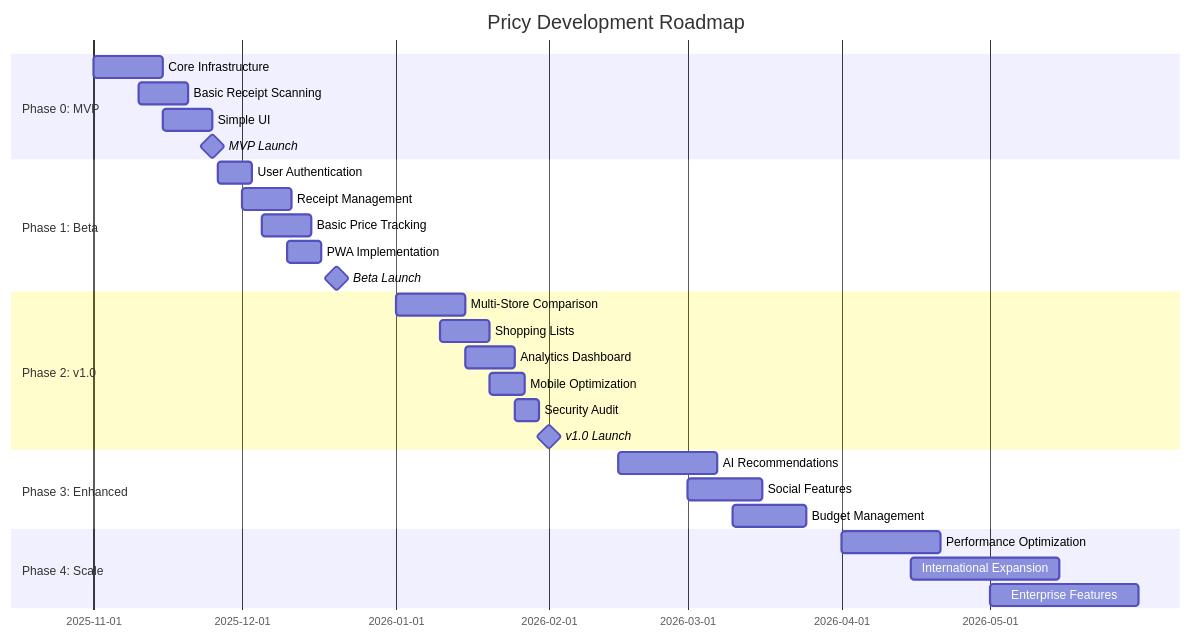
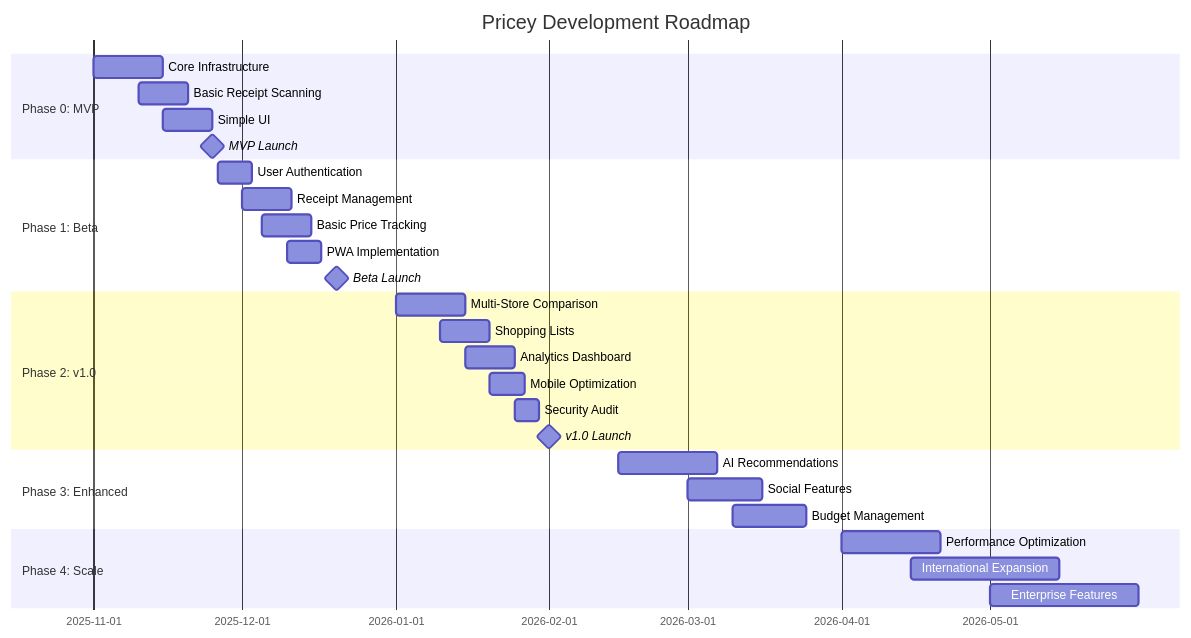
Before and after one commit to mpwg/Pricey: the diagram in docs/ROADMAP.md, drawn with Mermaid. The commit also changed other lines of this file and 89 other files, not shown here.

````diff
--- a/docs/ROADMAP.md
+++ b/docs/ROADMAP.md
@@ -52,36 +52,36 @@
 ```mermaid
 gantt
-    title Pricy Development Roadmap
+    title Pricey Development Roadmap
     dateFormat YYYY-MM-DD
 
     section Phase 0: MVP
     Core Infrastructure        :2025-11-01, 14d
     Basic Receipt Scanning     :2025-11-10, 10d
     Simple UI                  :2025-11-15, 10d
     MVP Launch                 :milestone, 2025-11-25, 0d
 
     section Phase 1: Beta
     User Authentication        :2025-11-26, 7d
     Receipt Management         :2025-12-01, 10d
     Basic Price Tracking       :2025-12-05, 10d
     PWA Implementation         :2025-12-10, 7d
     Beta Launch                :milestone, 2025-12-20, 0d
 
     section Phase 2: v1.0
     Multi-Store Comparison     :2026-01-01, 14d
     Shopping Lists             :2026-01-10, 10d
     Analytics Dashboard        :2026-01-15, 10d
     Mobile Optimization        :2026-01-20, 7d
     Security Audit             :2026-01-25, 5d
     v1.0 Launch                :milestone, 2026-02-01, 0d
 
     section Phase 3: Enhanced
     AI Recommendations         :2026-02-15, 20d
     Social Features            :2026-03-01, 15d
     Budget Management          :2026-03-10, 15d
 
     section Phase 4: Scale
     Performance Optimization   :2026-04-01, 20d
     International Expansion    :2026-04-15, 30d
     Enterprise Features        :2026-05-01, 30d
 ```
````
